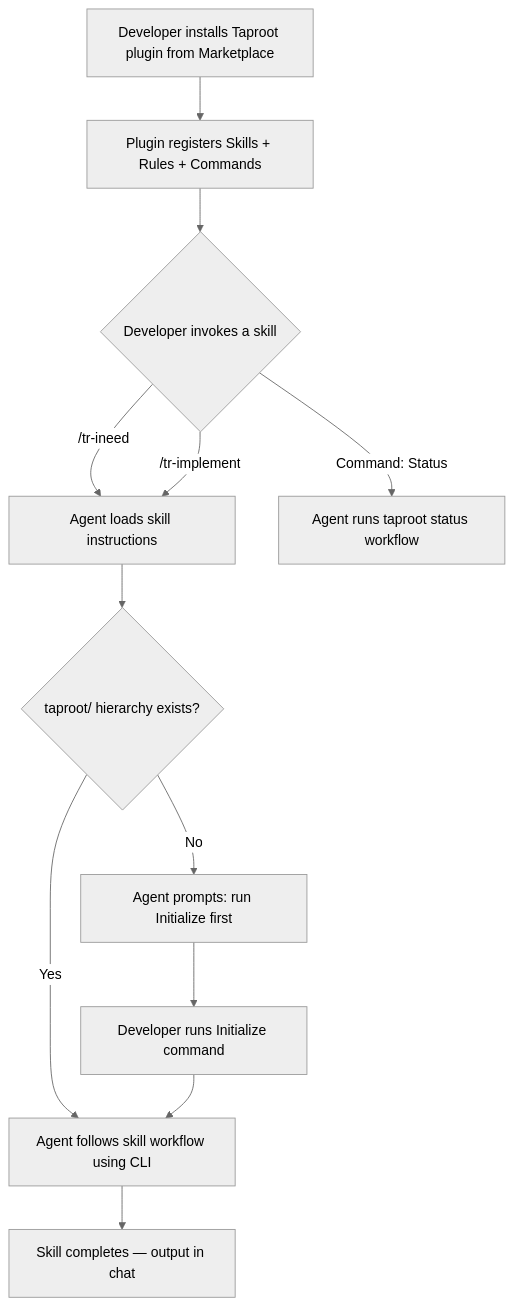
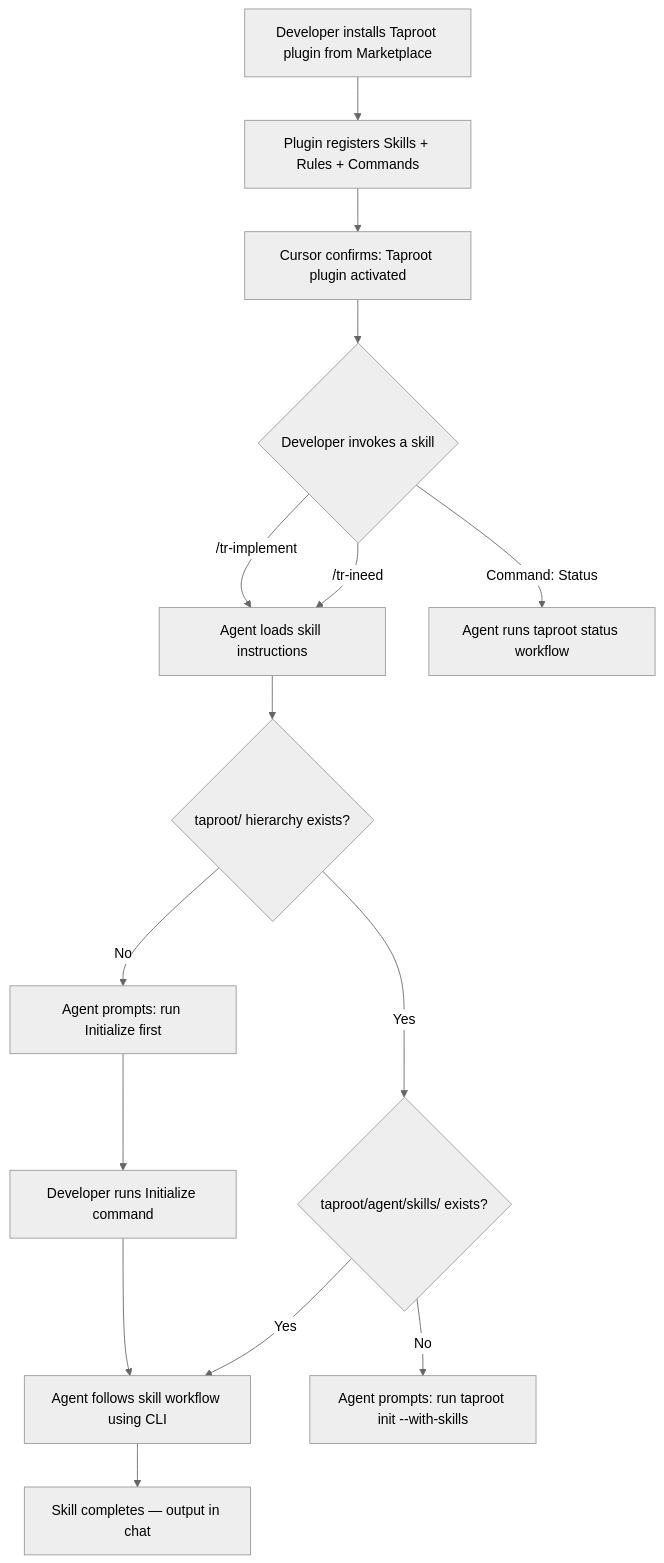
The diagram in taproot/specs/agent-integration/cursor-plugin/usecase.md (imix/taproot), drawn with Mermaid (neutral theme) before and after one commit. The commit also changed other lines of this file and 2 other files, not shown here.

Commit message:
refine(agent-integration/cursor-plugin): apply 9 audit findings — flows, ACs, Node.js precondition, version drift

````diff
--- a/taproot/specs/agent-integration/cursor-plugin/usecase.md
+++ b/taproot/specs/agent-integration/cursor-plugin/usecase.md
@@ -51,14 +63,17 @@
 ```mermaid
 flowchart TD
     A[Developer installs Taproot plugin from Marketplace] --> B[Plugin registers Skills + Rules + Commands]
-    B --> C{Developer invokes a skill}
+    B --> B2[Cursor confirms: Taproot plugin activated]
+    B2 --> C{Developer invokes a skill}
     C -->|/tr-ineed| D[Agent loads skill instructions]
     C -->|/tr-implement| D
     C -->|Command: Status| E[Agent runs taproot status workflow]
     D --> F{taproot/ hierarchy exists?}
-    F -->|Yes| G[Agent follows skill workflow using CLI]
+    F -->|Yes| G2{taproot/agent/skills/ exists?}
+    G2 -->|Yes| G[Agent follows skill workflow using CLI]
+    G2 -->|No| H2[Agent prompts: run taproot init --with-skills]
     F -->|No| H[Agent prompts: run Initialize first]
     H --> I[Developer runs Initialize command]
     I --> G
     G --> J[Skill completes — output in chat]
 ```
````
